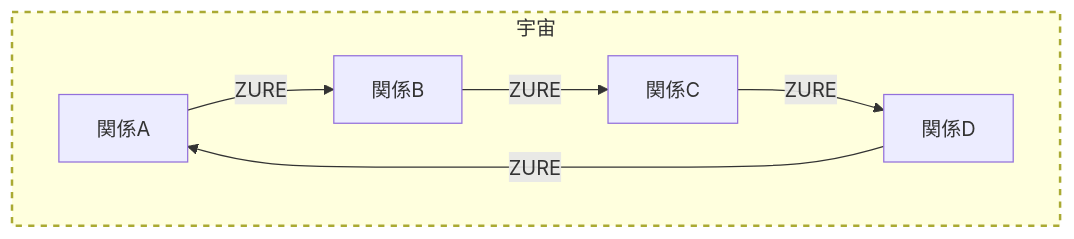
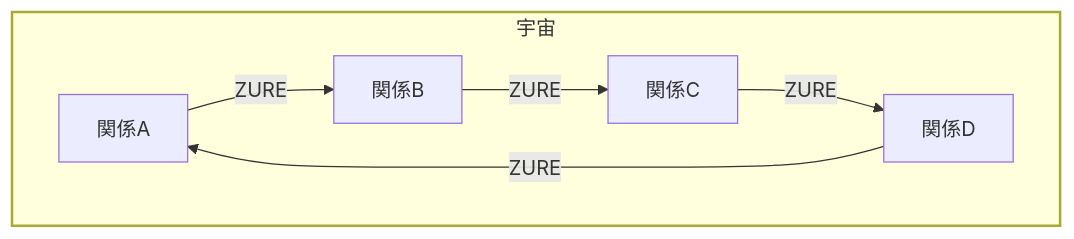
Before and after one commit to ittekiou/EgQE: the first of 3 diagrams in docs/HEG-1_RU_Anti-Inflationary.md, drawn with Mermaid. The commit also changed other lines of this file and 3 other files, not shown here.

````diff
--- a/docs/HEG-1_RU_Anti-Inflationary.md
+++ b/docs/HEG-1_RU_Anti-Inflationary.md
@@ -38,14 +38,14 @@
 ```mermaid
 graph TD
   A["関係A"] -- ZURE --> B["関係B"]
   B -- ZURE --> C["関係C"]
   C -- ZURE --> D["関係D"]
   D -- ZURE --> A
   subgraph 宇宙
     A
     B
     C
     D
   end
-  style 宇宙 stroke-width:2px,stroke-dasharray: 5 5
+  style 宇宙 stroke-width:2px,stroke-dasharray:
 ```
````
